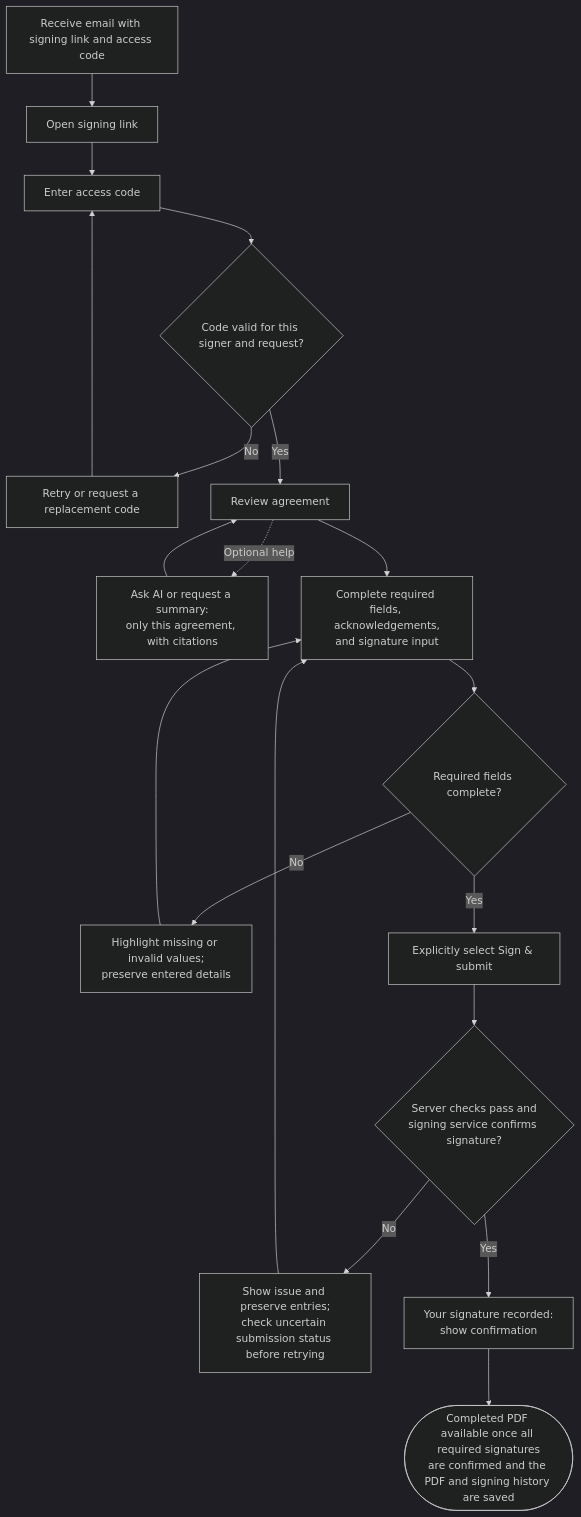
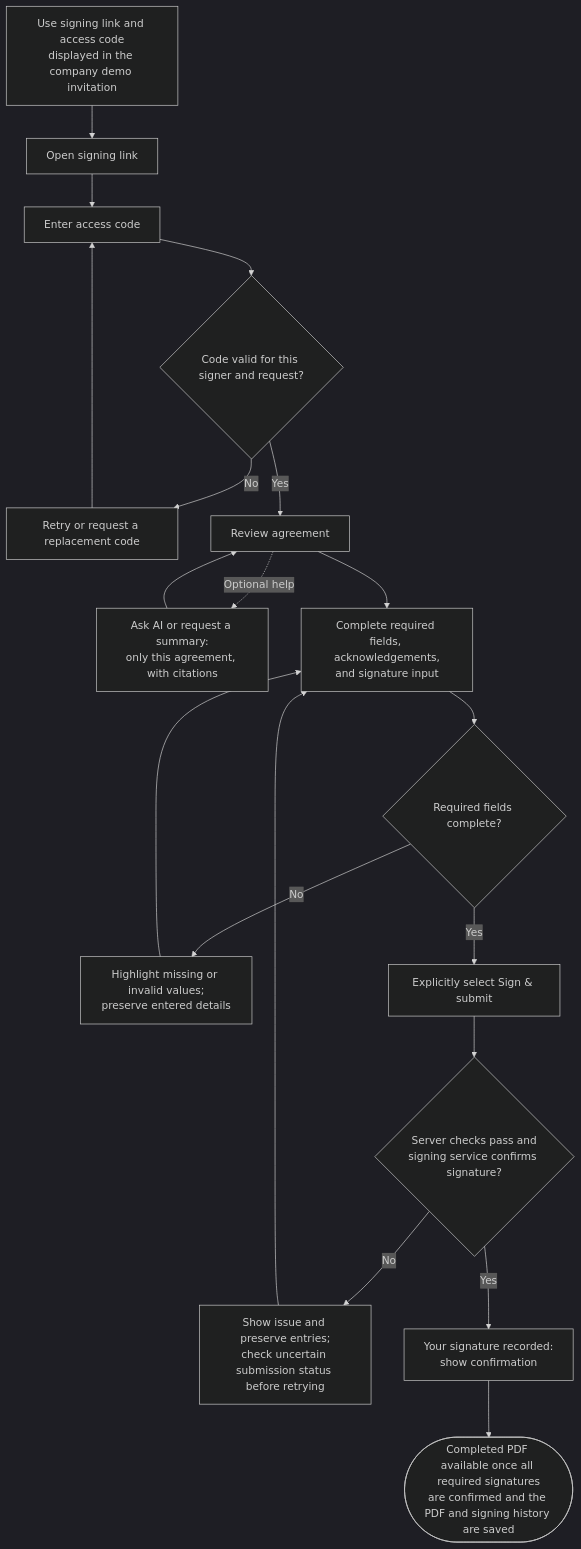
The second of 2 diagrams in README.md (Aayushnepal09/Astra_Round2), drawn with Mermaid (dark theme) before and after one commit. The commit also changed other lines of this file and 16 other files, not shown here.

````diff
--- a/README.md
+++ b/README.md
@@ -41,25 +49,25 @@
 ```mermaid
 flowchart TD
-    A["Receive email with signing link and access code"] --> B["Open signing link"]
+    A["Use signing link and access code<br/>displayed in the company demo invitation"] --> B["Open signing link"]
     B --> C["Enter access code"]
     C --> D{"Code valid for this signer and request?"}
 
     D -- No --> E["Retry or request a replacement code"]
     E --> C
     D -- Yes --> F["Review agreement"]
 
     F -. Optional help .-> G["Ask AI or request a summary:<br/>only this agreement, with citations"]
     G --> F
 
     F --> H["Complete required fields, acknowledgements,<br/>and signature input"]
     H --> I{"Required fields complete?"}
     I -- No --> J["Highlight missing or invalid values;<br/>preserve entered details"]
     J --> H
     I -- Yes --> K["Explicitly select Sign & submit"]
 
     K --> L{"Server checks pass and<br/>signing service confirms signature?"}
     L -- No --> M["Show issue and preserve entries;<br/>check uncertain submission status before retrying"]
     M --> H
     L -- Yes --> N["Your signature recorded:<br/>show confirmation"]
     N --> O(["Completed PDF available once all required signatures<br/>are confirmed and the PDF and signing history are saved"])
 ```
````
